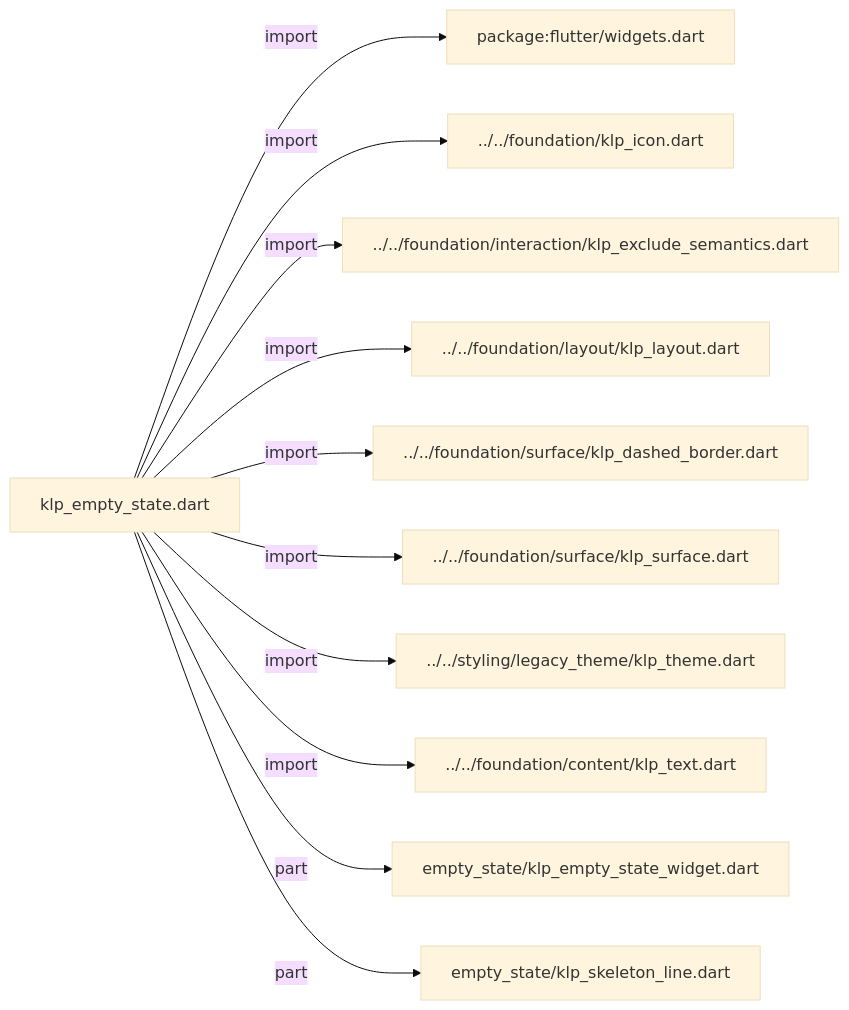
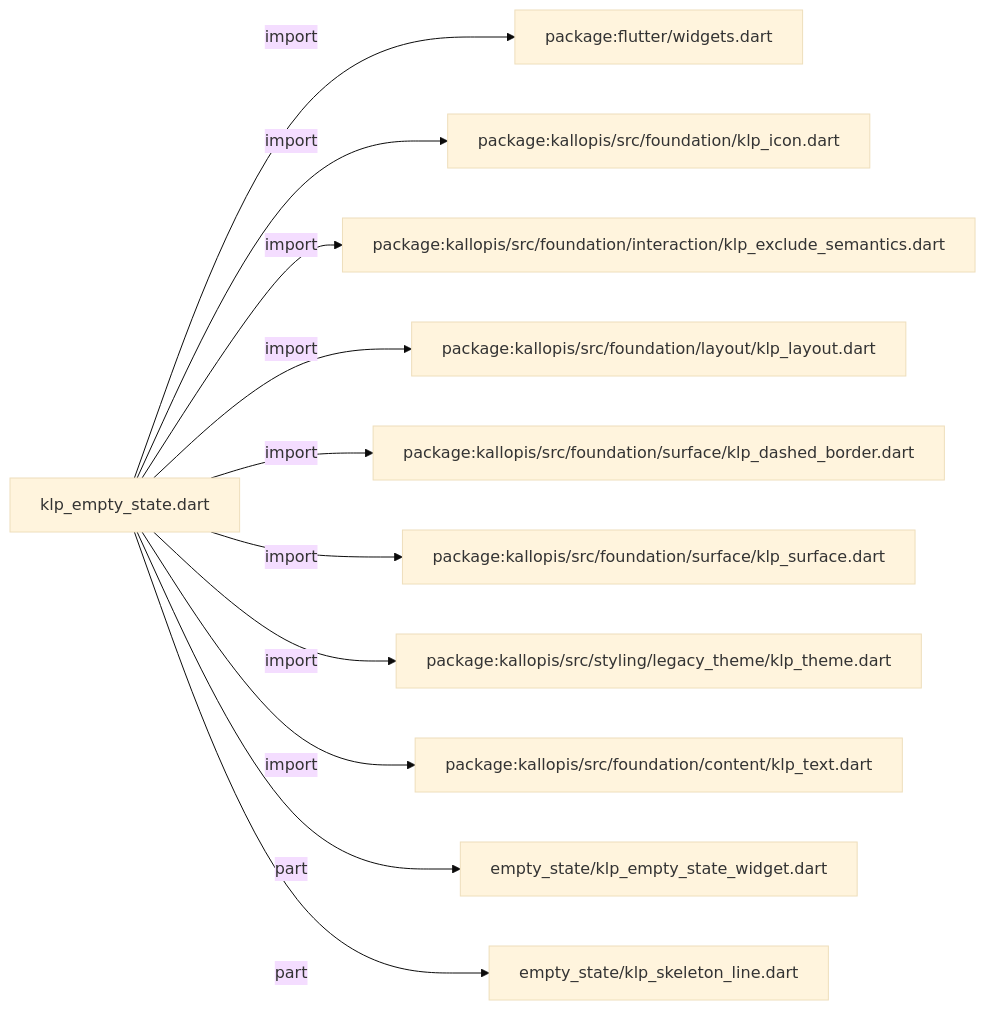
One commit to MiuDog/Kallopis changed the diagram in docs/architecture/src/features/feedback/klp_empty_state.md. Above: the diagram before and after it, drawn with Mermaid (base theme). The commit also changed other lines of this file and 9688 other files, not shown here.

Commit message:
Prepare isolated Flow F2 peer baseline

````diff
--- a/docs/architecture/src/features/feedback/klp_empty_state.md
+++ b/docs/architecture/src/features/feedback/klp_empty_state.md
@@ -11,24 +11,24 @@
 ```mermaid
 flowchart LR
 	n0["klp_empty_state.dart"]
 	n1["package:flutter/widgets.dart"]
-	n2["../../foundation/klp_icon.dart"]
-	n3["../../foundation/interaction/klp_exclude_semantics.dart"]
-	n4["../../foundation/layout/klp_layout.dart"]
-	n5["../../foundation/surface/klp_dashed_border.dart"]
-	n6["../../foundation/surface/klp_surface.dart"]
-	n7["../../styling/legacy_theme/klp_theme.dart"]
-	n8["../../foundation/content/klp_text.dart"]
+	n2["package:kallopis/src/foundation/klp_icon.dart"]
+	n3["package:kallopis/src/foundation/interaction/klp_exclude_semantics.dart"]
+	n4["package:kallopis/src/foundation/layout/klp_layout.dart"]
+	n5["package:kallopis/src/foundation/surface/klp_dashed_border.dart"]
+	n6["package:kallopis/src/foundation/surface/klp_surface.dart"]
+	n7["package:kallopis/src/styling/legacy_theme/klp_theme.dart"]
+	n8["package:kallopis/src/foundation/content/klp_text.dart"]
 	n9["empty_state/klp_empty_state_widget.dart"]
 	n10["empty_state/klp_skeleton_line.dart"]
 	n0 -->|"import"| n1
 	n0 -->|"import"| n2
 	n0 -->|"import"| n3
 	n0 -->|"import"| n4
 	n0 -->|"import"| n5
 	n0 -->|"import"| n6
 	n0 -->|"import"| n7
 	n0 -->|"import"| n8
 	n0 -->|"part"| n9
 	n0 -->|"part"| n10
 ```
````
